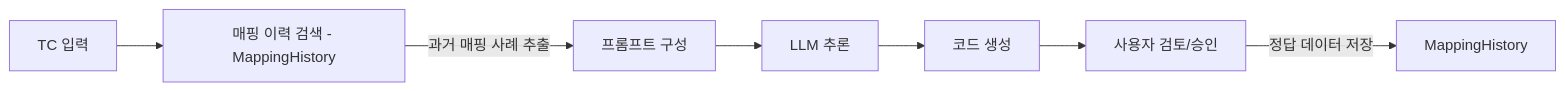
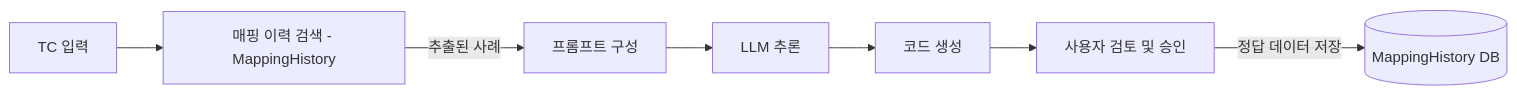
The diagram in docs/02_design/db_design.md (yuntnwls/testcase-generator), drawn with Mermaid before and after one commit. The commit also changed other lines of this file and 52 other files, not shown here.

````diff
--- a/docs/02_design/db_design.md
+++ b/docs/02_design/db_design.md
@@ -42,9 +43,9 @@
 ```mermaid
 graph LR
     Input[TC 입력] --> Search[매핑 이력 검색 - MappingHistory]
-    Search -- "과거 매핑 사례 추출" --> Prompt[프롬프트 구성]
-    Prompt --> LLM[LLM 추론]
-    LLM --> Code[코드 생성]
-    Code --> UserReview[사용자 검토/승인]
-    UserReview -- "정답 데이터 저장" --> MappingHistory
+    Search -- 추출된 사례 --> Prompt[프롬프트 구성]
+    Prompt --> LLM_Inference[LLM 추론]
+    LLM_Inference --> Code[코드 생성]
+    Code --> UserReview[사용자 검토 및 승인]
+    UserReview -- 정답 데이터 저장 --> Mapping_History[(MappingHistory DB)]
 ```
````
